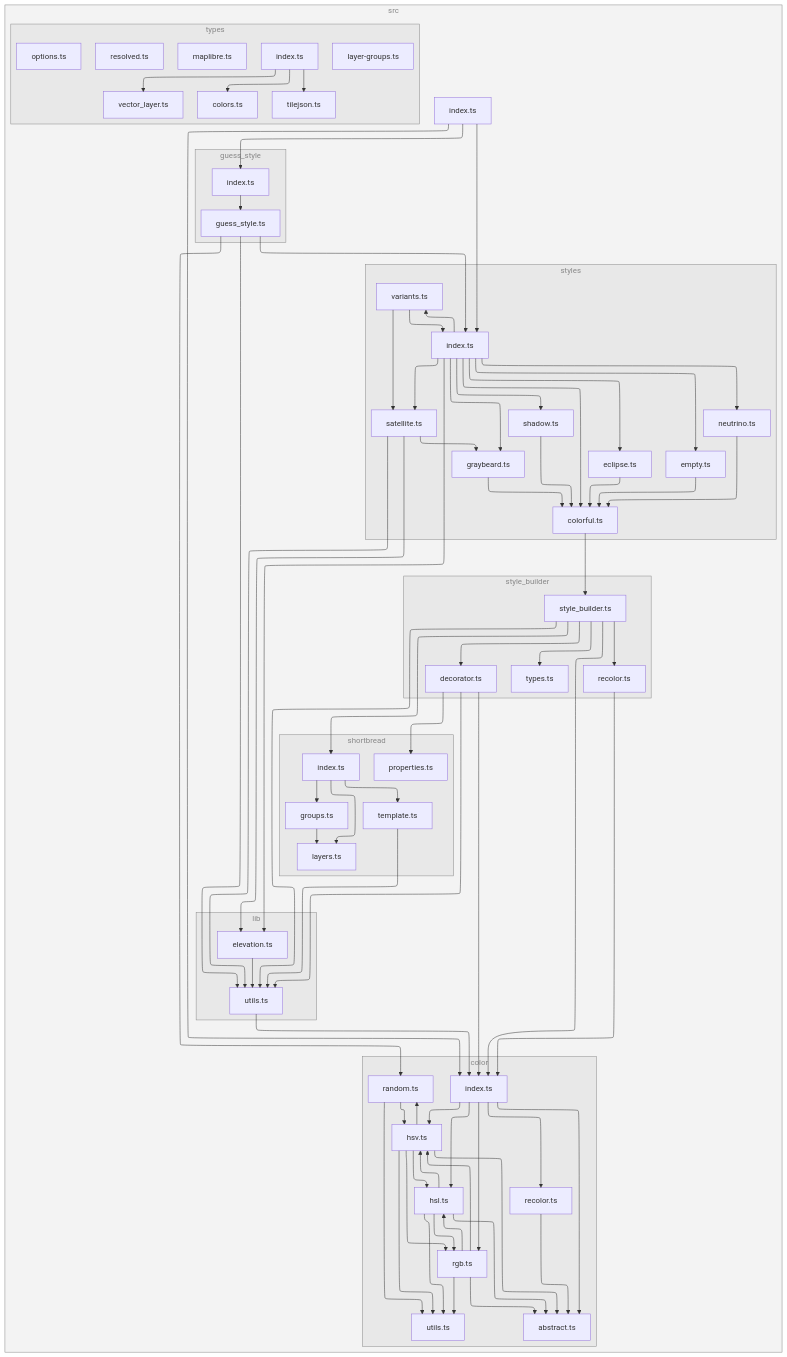
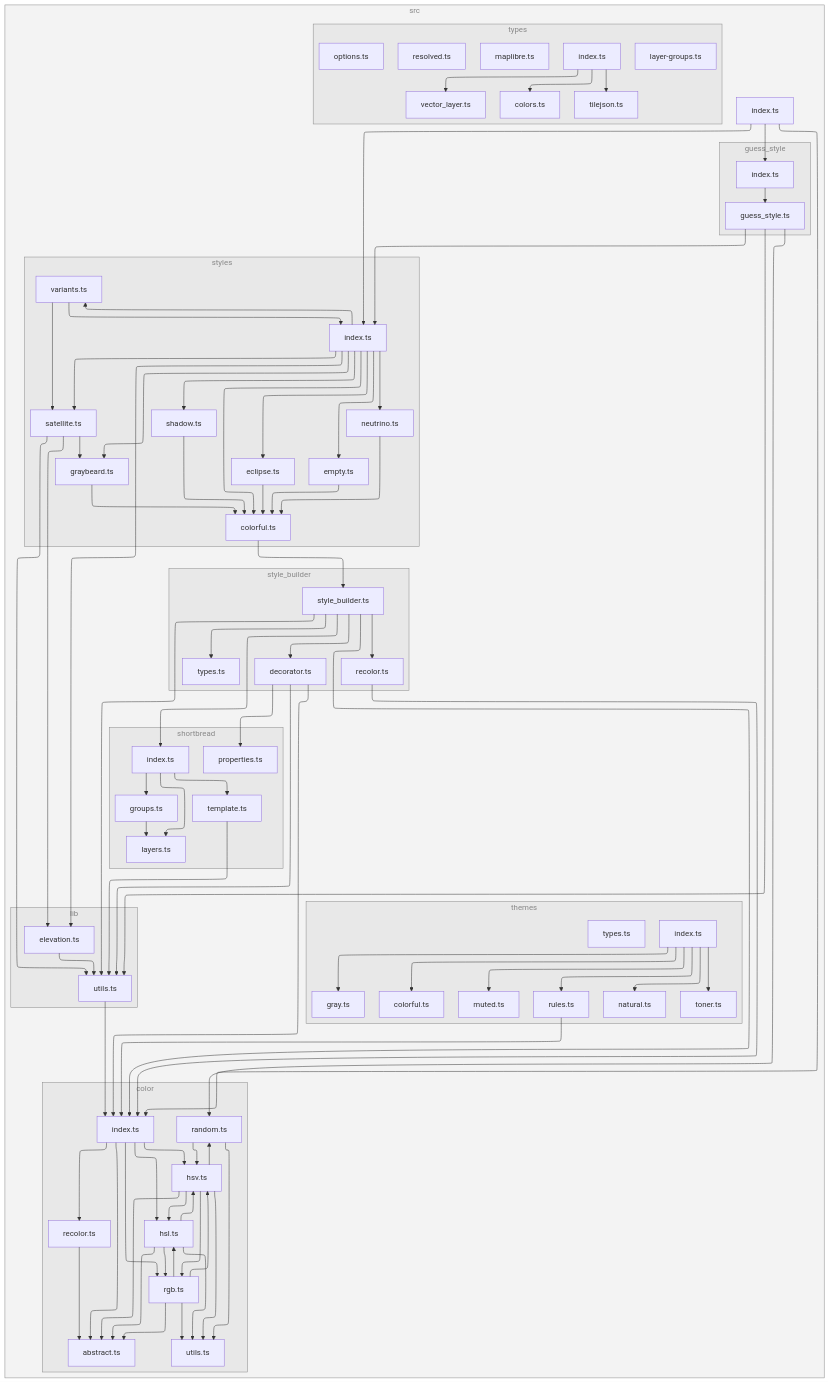
The diagram in README.md (versatiles-org/versatiles-style), drawn with Mermaid before and after one commit. The commit also changed 8 other files, not shown here.

Commit message:
feat: add themes and types for palette definition

````diff
--- a/README.md
+++ b/README.md
@@ -199,15 +199,25 @@
 Q["properties.ts"]
 end
 11["index.ts"]
-subgraph 12["types"]
-13["colors.ts"]
-14["index.ts"]
-15["tilejson.ts"]
-16["vector_layer.ts"]
-17["layer-groups.ts"]
-18["maplibre.ts"]
-19["options.ts"]
-1A["resolved.ts"]
+subgraph 12["themes"]
+13["colorful.ts"]
+14["gray.ts"]
+15["index.ts"]
+16["muted.ts"]
+17["natural.ts"]
+18["rules.ts"]
+19["toner.ts"]
+1A["types.ts"]
+end
+subgraph 1B["types"]
+1C["colors.ts"]
+1D["index.ts"]
+1E["tilejson.ts"]
+1F["vector_layer.ts"]
+1G["layer-groups.ts"]
+1H["maplibre.ts"]
+1I["options.ts"]
+1J["resolved.ts"]
 end
 end
 3-->2
@@ -275,10 +285,17 @@
 11-->8
 11-->10
 11-->F
-14-->13
-14-->15
-14-->16
+15-->13
+15-->14
+15-->16
+15-->17
+15-->18
+15-->19
+18-->8
+1D-->1C
+1D-->1E
+1D-->1F
 
-class 0,1,A,C,E,I,K,12 subgraphs;
+class 0,1,A,C,E,I,K,12,1B subgraphs;
 classDef subgraphs fill-opacity:0.1, fill:#888, color:#888, stroke:#888;
 ```
````
